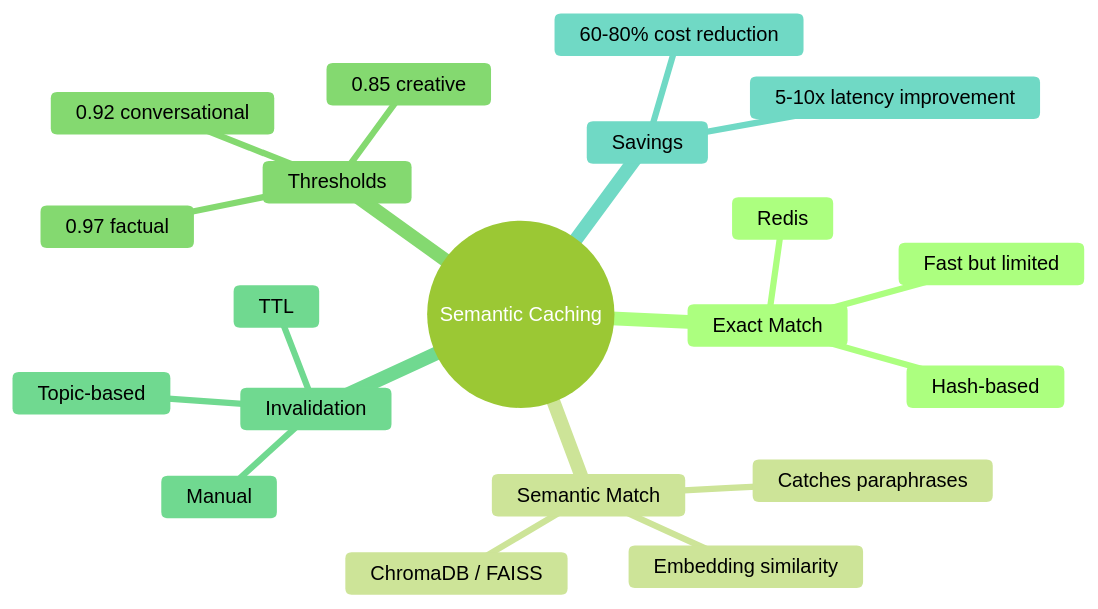
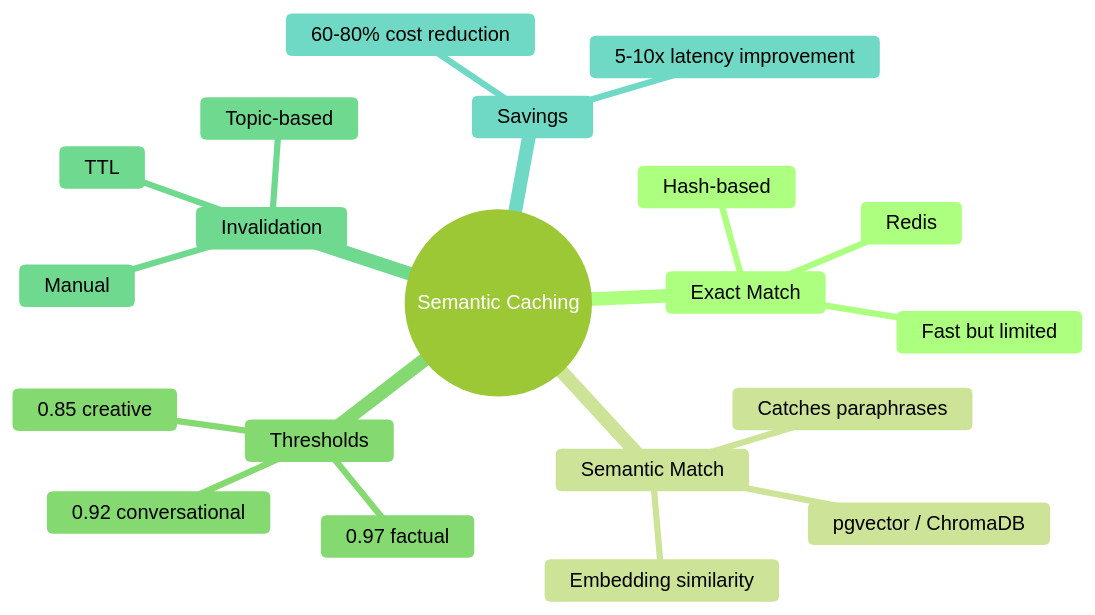
The third of 3 diagrams in Phase_5_Production/Day_091_semantic_caching/semantic_caching.md (akshkr/akashnotes), drawn with Mermaid (forest theme) before and after one commit. The commit also changed 128 other files, not shown here.

````diff
--- a/Phase_5_Production/Day_091_semantic_caching/semantic_caching.md
+++ b/Phase_5_Production/Day_091_semantic_caching/semantic_caching.md
@@ -437,23 +437,23 @@
 ```mermaid
 mindmap
   root((Semantic Caching))
     Exact Match
       Hash-based
       Redis
       Fast but limited
     Semantic Match
       Embedding similarity
-      ChromaDB / FAISS
+      pgvector / ChromaDB
       Catches paraphrases
     Thresholds
       0.97 factual
       0.92 conversational
       0.85 creative
     Invalidation
       TTL
       Topic-based
       Manual
     Savings
       60-80% cost reduction
       5-10x latency improvement
 ```
````
